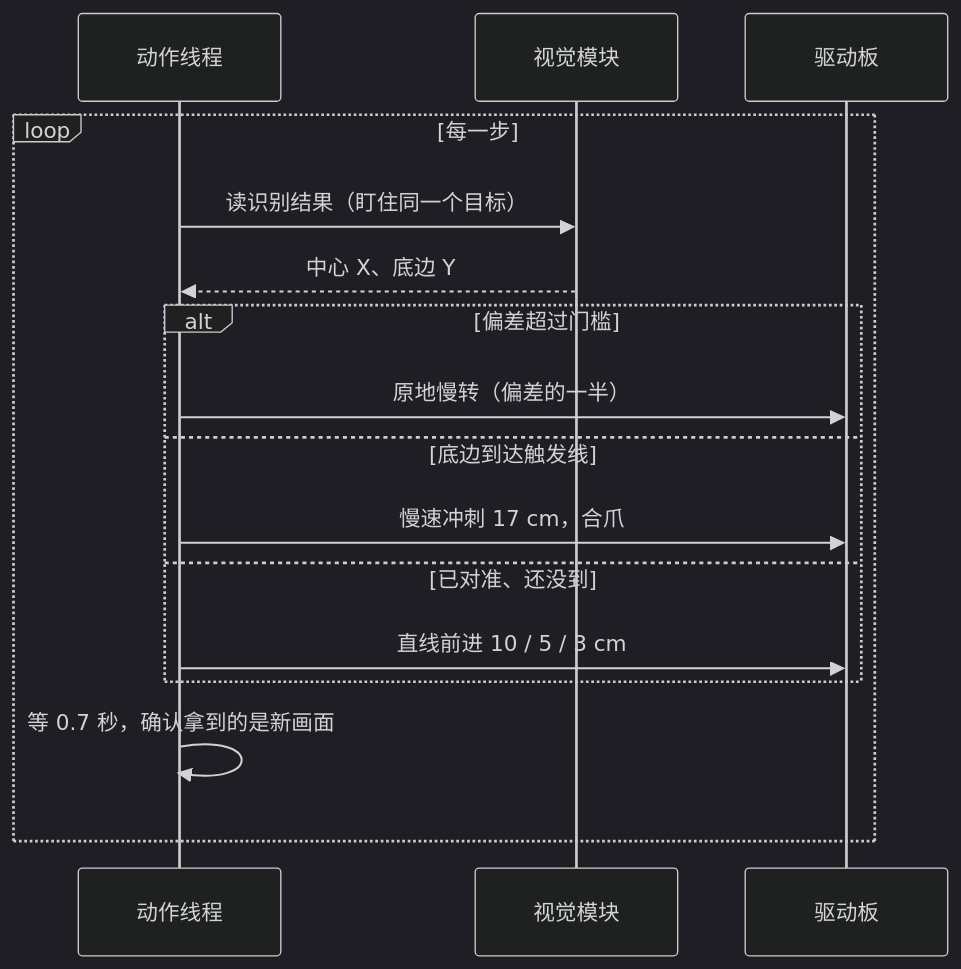
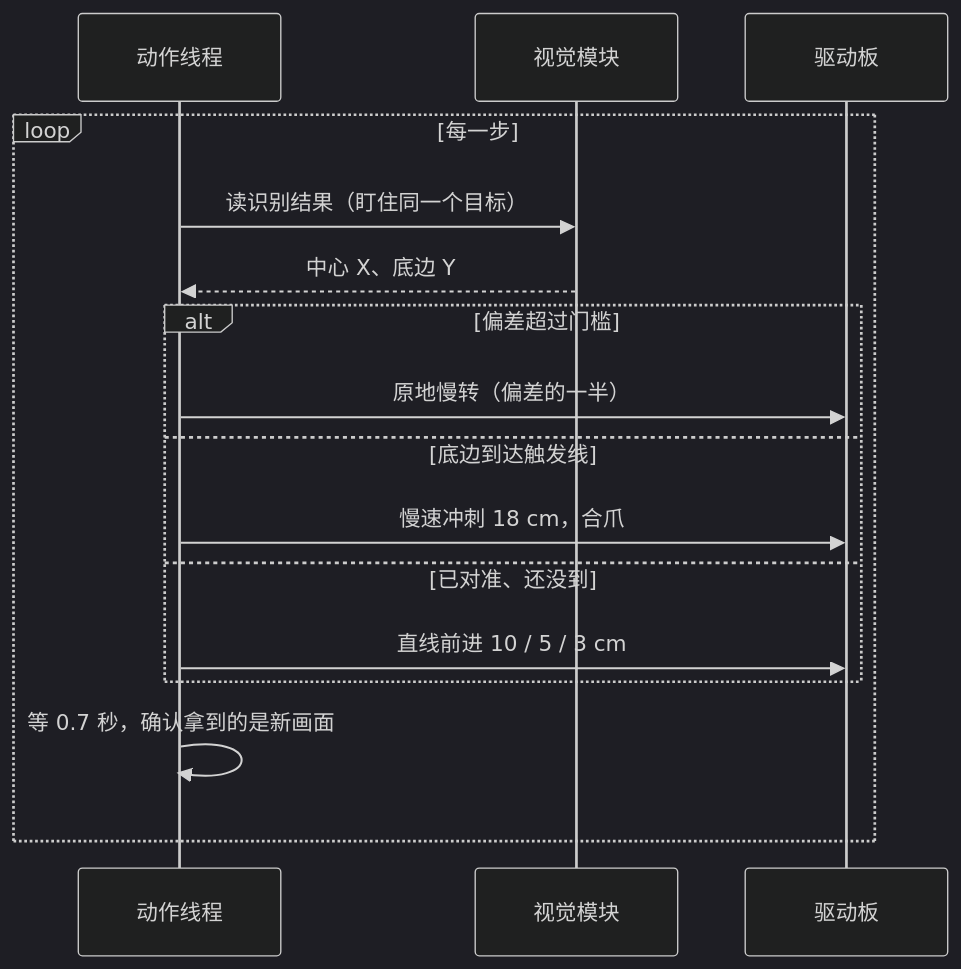
One commit to crawfordxx/miniauto-fetch-car changed the seventh of 12 diagrams in README.md. Above: the diagram before and after it, drawn with Mermaid (dark theme). The commit also changed other lines of this file and 2 other files, not shown here.

````diff
--- a/README.md
+++ b/README.md
@@ -286,18 +286,18 @@
 ```mermaid
 sequenceDiagram
     participant R as 动作线程
     participant V as 视觉模块
     participant M as 驱动板
     loop 每一步
         R->>V: 读识别结果（盯住同一个目标）
         V-->>R: 中心 X、底边 Y
         alt 偏差超过门槛
             R->>M: 原地慢转（偏差的一半）
         else 底边到达触发线
-            R->>M: 慢速冲刺 17 cm，合爪
+            R->>M: 慢速冲刺 18 cm，合爪
         else 已对准、还没到
             R->>M: 直线前进 10 / 5 / 3 cm
         end
         R->>R: 等 0.7 秒，确认拿到的是新画面
     end
 ```
````
